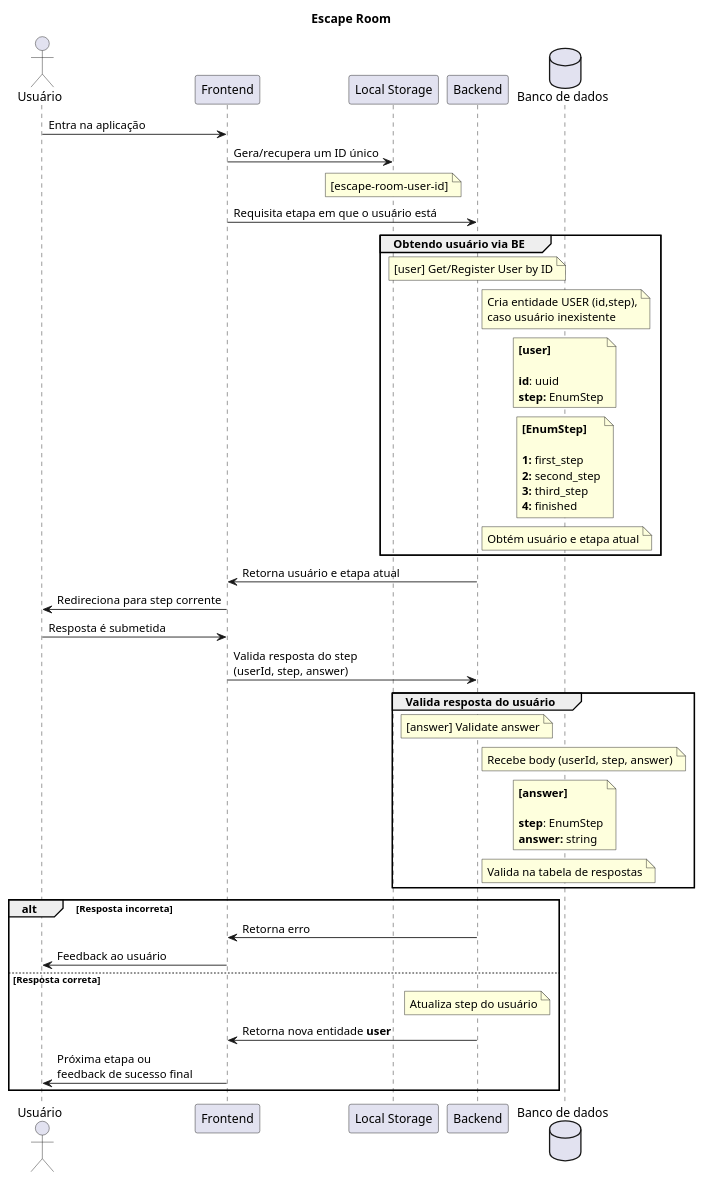
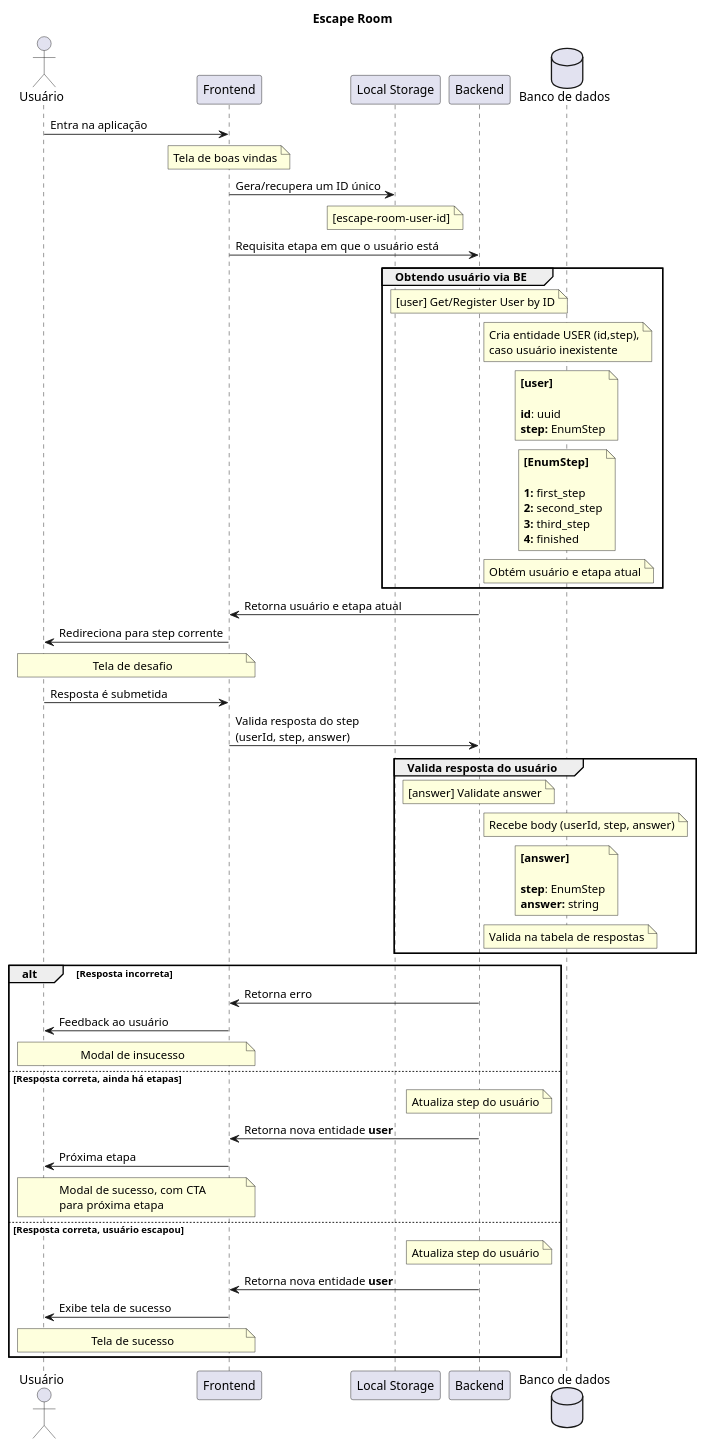
The diagram in docs/diagram.puml (p-h-marques/serrabits-escape-room), drawn with PlantUML before and after one commit.

Commit message:
chore: update diagram

```diff
--- a/docs/diagram.puml
+++ b/docs/diagram.puml
@@ -1,51 +1,62 @@
 title Escape Room
 
 actor "Usuário" as user
 participant "Frontend" as fe
 participant "Local Storage" as ls
 participant "Backend" as be
 database "Banco de dados" as db
 
 user->fe: Entra na aplicação
+
+note over fe:Tela de boas vindas
+
 fe->ls: Gera/recupera um ID único
 
 note over ls:[escape-room-user-id]
 
 fe->be: Requisita etapa em que o usuário está
 
 group Obtendo usuário via BE
   note over be:[user] Get/Register User by ID
 
   note right of be:Cria entidade USER (id,step),\ncaso usuário inexistente
   
   note over db:**[user]**\n\n**id**: uuid\n**step:** EnumStep
 
 note over db:**[EnumStep]**\n\n**1:** first_step\n**2:** second_step\n**3:** third_step\n**4:** finished
 
   note right of be:Obtém usuário e etapa atual
 end
 
 be->fe:Retorna usuário e etapa atual
 fe->user: Redireciona para step corrente
+note over fe,user:Tela de desafio
 
 user->fe:Resposta é submetida
 fe->be:Valida resposta do step\n(userId, step, answer)
 
 group Valida resposta do usuário
   note over be:[answer] Validate answer
 
   note right of be:Recebe body (userId, step, answer)
   
     note over db:**[answer]**\n\n**step**: EnumStep\n**answer:** string
 
   note right of be:Valida na tabela de respostas
 end
 
 alt Resposta incorreta
   be->fe:Retorna erro
   fe->user:Feedback ao usuário
-else Resposta correta
+  note over fe,user:Modal de insucesso
+else Resposta correta, ainda há etapas
   note over be: Atualiza step do usuário
   be->fe:Retorna nova entidade **user**
-  fe->user:Próxima etapa ou\nfeedback de sucesso final
+  fe->user:Próxima etapa
+  note over fe,user:Modal de sucesso, com CTA\npara próxima etapa
+else Resposta correta, usuário escapou
+  note over be: Atualiza step do usuário
+  be->fe:Retorna nova entidade **user**
+  fe->user:Exibe tela de sucesso
+  note over fe,user:Tela de sucesso
 end
```
